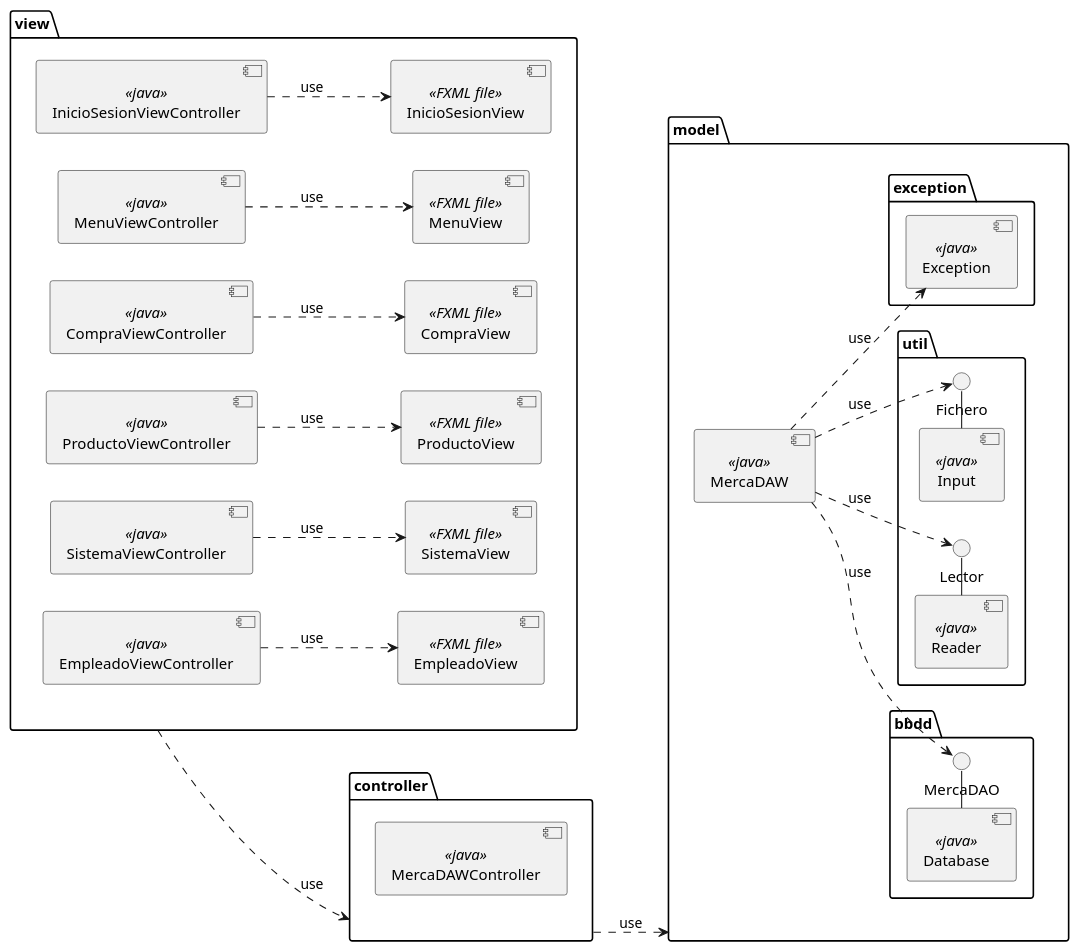
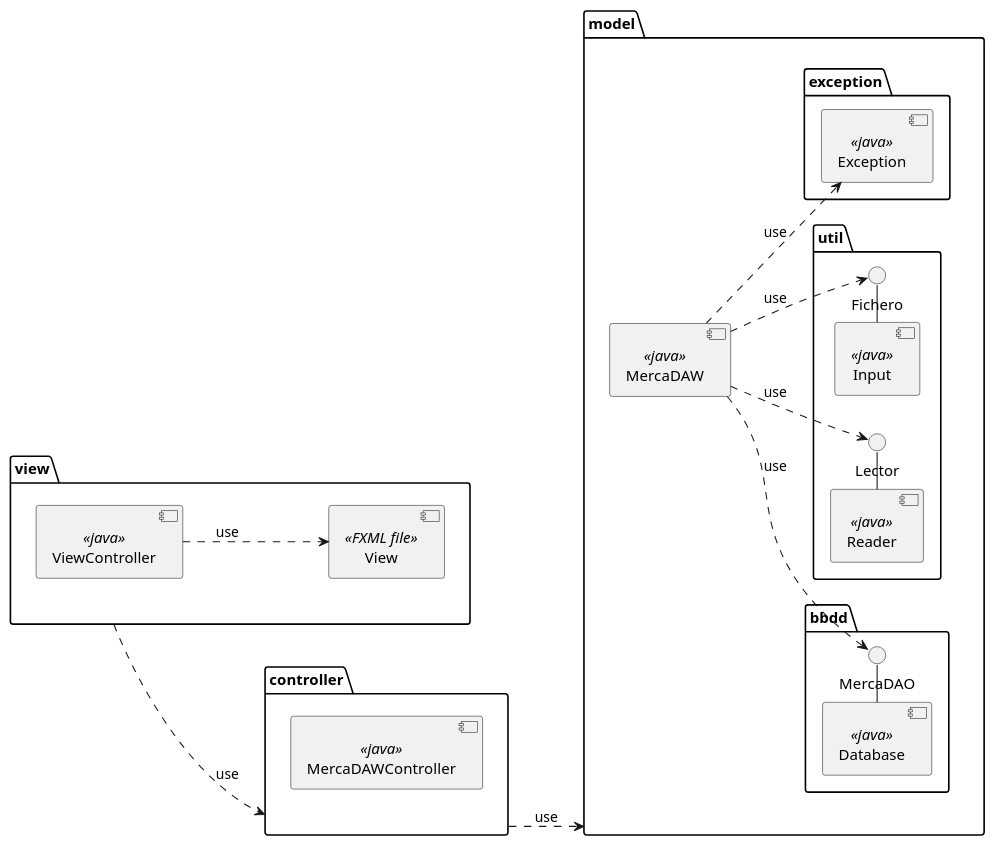
One commit to dmadcha/mercadaw_trabajo_ev3 changed the second of 2 diagrams in design/Componentes.pu. Above: the diagram before and after it, drawn with PlantUML.

Commit message:
View fix

```diff
--- a/design/Componentes.pu
+++ b/design/Componentes.pu
@@ -12,75 +12,60 @@
 @startuml disenyo
 
 left to right direction
 
 package view{
 
-    component InicioSesionView <<FXML file>>
-    component MenuView <<FXML file>>
-    component CompraView <<FXML file>>
-    component ProductoView <<FXML file>>
-    component SistemaView <<FXML file>>
-    component EmpleadoView <<FXML file>>
+    component View <<FXML file>>
 
-    component InicioSesionViewController <<java>>
-    component MenuViewController <<java>>
-    component CompraViewController <<java>>
-    component ProductoViewController <<java>>
-    component SistemaViewController <<java>>
-    component EmpleadoViewController <<java>>
+    component ViewController <<java>>
 }
 
 package controller{
     component MercaDAWController <<java>>
 
 }
 
 package model{
 
     component MercaDAW <<java>>
 
     package bbdd{
         component Database <<java>>
         () "MercaDAO" as DA
     }
 
     package util{
         component Reader <<java>>
           () "Lector" as Lector
         component Input <<java>>
           () "Fichero" as Fichero
 
     }
 
     package exception{
         component Exception <<java>>
     }
 
 
-    InicioSesionViewController ..> InicioSesionView: use
-    MenuViewController ..> MenuView: use
-    CompraViewController ..> CompraView: use
-    ProductoViewController ..> ProductoView: use
-    SistemaViewController ..> SistemaView: use
-    EmpleadoViewController ..> EmpleadoView: use
+    ViewController ..> View: use
 
     view ..> controller: use
 
 
     controller ..> model: use
 
 
     MercaDAW ..> Exception: use
 
     MercaDAW ..> DA: use
     MercaDAW ..> Lector: use
     MercaDAW ..> Fichero: use
 
     Database - DA
     Reader - Lector
     Input - Fichero
 
 
 }
 
 @enduml
```
